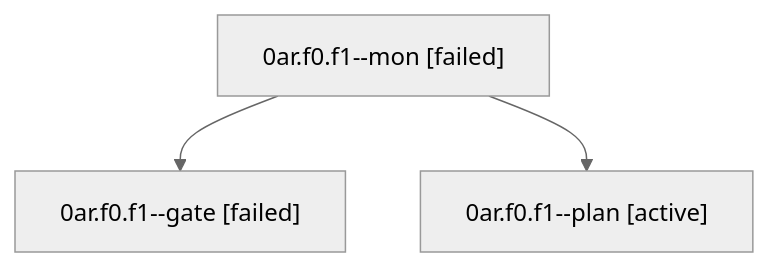
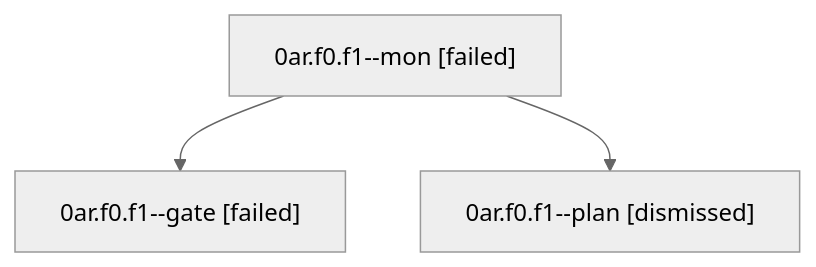
One commit to sase-org/sase--agents changed the diagram in sessions/bbugyi200.athena.0ar.f0.f1.md. Above: the diagram before and after it, drawn with Mermaid (neutral theme). The commit also changed other lines of this file and 42 other files, not shown here.

````diff
--- a/sessions/bbugyi200.athena.0ar.f0.f1.md
+++ b/sessions/bbugyi200.athena.0ar.f0.f1.md
@@ -9,8 +9,8 @@
 ```mermaid
 flowchart TD
   n0["0ar.f0.f1--mon [failed]"]
   n1["0ar.f0.f1--gate [failed]"]
   n0 --> n1
-  n2["0ar.f0.f1--plan [active]"]
+  n2["0ar.f0.f1--plan [dismissed]"]
   n0 --> n2
 ```
````
